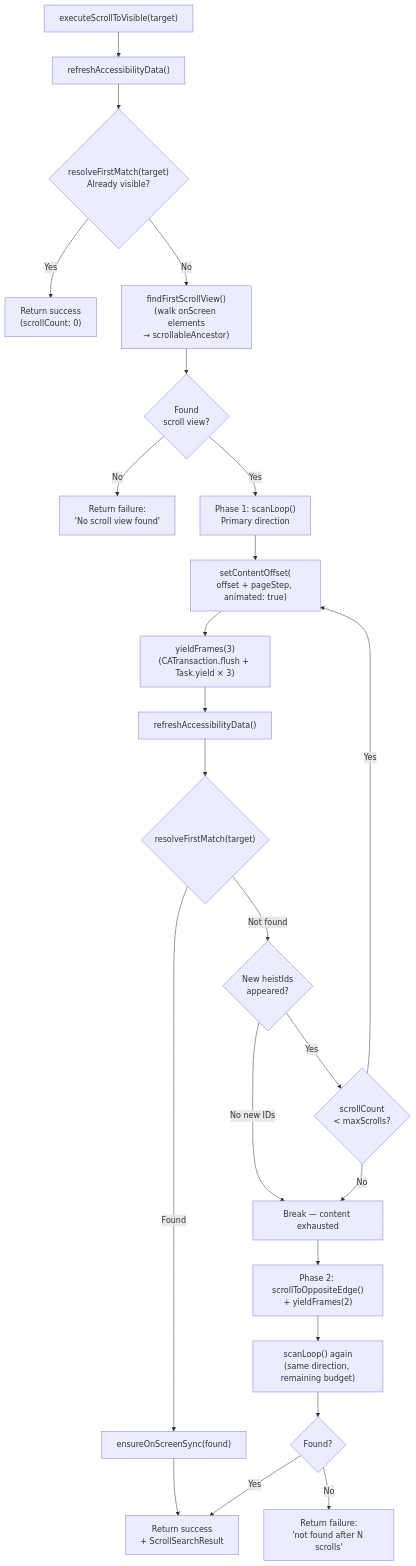
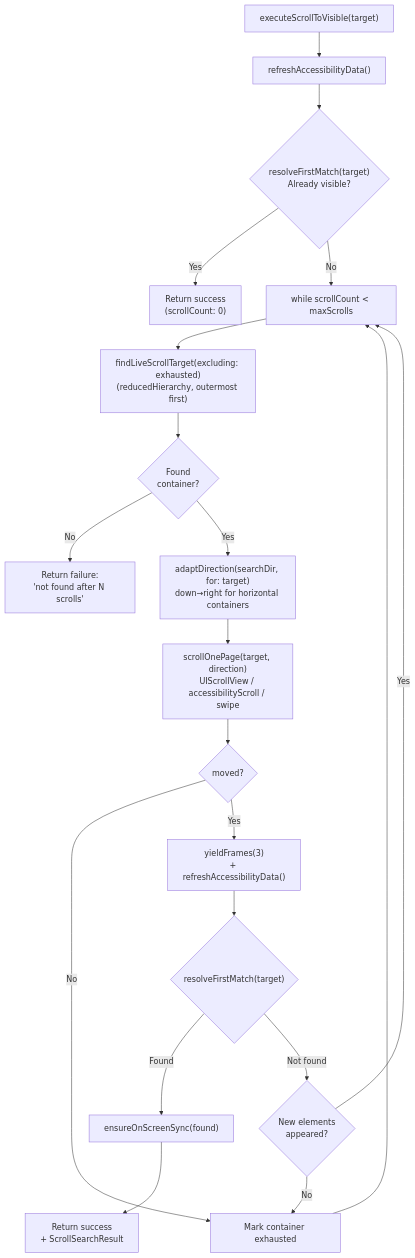
The second of 2 diagrams in docs/dossiers/04a-SCROLLING.md (RoyalPineapple/TheButtonHeist), drawn with Mermaid before and after one commit. The commit also changed other lines of this file and 3 other files, not shown here.

First line of the commit message:
docs: update scroll documentation for hierarchy-driven architecture

````diff
--- a/docs/dossiers/04a-SCROLLING.md
+++ b/docs/dossiers/04a-SCROLLING.md
@@ -136,28 +134,25 @@
 ```mermaid
 flowchart TD
     S["executeScrollToVisible(target)"] --> REF["refreshAccessibilityData()"]
     REF --> CHK{"resolveFirstMatch(target)<br/>Already visible?"}
     CHK -->|Yes| DONE["Return success<br/>(scrollCount: 0)"]
-    CHK -->|No| FSV["findFirstScrollView()<br/>(walk onScreen elements<br/>→ scrollableAncestor)"]
-    FSV --> SVOK{Found<br/>scroll view?}
-    SVOK -->|No| FAIL0["Return failure:<br/>'No scroll view found'"]
-    SVOK -->|Yes| PH1["Phase 1: scanLoop()<br/>Primary direction"]
+    CHK -->|No| LOOP["while scrollCount < maxScrolls"]
 
-    PH1 --> SLOOP["setContentOffset(<br/>offset + pageStep, animated: true)"]
-    SLOOP --> SETTLE["yieldFrames(3)<br/>(CATransaction.flush + Task.yield × 3)"]
-    SETTLE --> REFR["refreshAccessibilityData()"]
-    REFR --> FM{"resolveFirstMatch(target)"}
+    LOOP --> FIND["findLiveScrollTarget(excluding: exhausted)<br/>(reducedHierarchy, outermost first)"]
+    FIND --> SVOK{Found<br/>container?}
+    SVOK -->|No| FAILN["Return failure:<br/>'not found after N scrolls'"]
+    SVOK -->|Yes| ADAPT["adaptDirection(searchDir, for: target)<br/>down→right for horizontal containers"]
+
+    ADAPT --> SCROLL["scrollOnePage(target, direction)<br/>UIScrollView / accessibilityScroll / swipe"]
+    SCROLL --> MOVED{moved?}
+    MOVED -->|No| EXHAUST["Mark container exhausted"]
+    EXHAUST --> LOOP
+
+    MOVED -->|Yes| SETTLE["yieldFrames(3)<br/>+ refreshAccessibilityData()"]
+    SETTLE --> FM{"resolveFirstMatch(target)"}
     FM -->|Found| ENS["ensureOnScreenSync(found)"]
     ENS --> END["Return success<br/>+ ScrollSearchResult"]
-    FM -->|Not found| NEW{New heistIds<br/>appeared?}
-    NEW -->|No new IDs| STALL["Break — content exhausted"]
-    NEW -->|Yes| BUDGET{scrollCount<br/>< maxScrolls?}
-    BUDGET -->|Yes| SLOOP
-    BUDGET -->|No| STALL
-
-    STALL --> PH2["Phase 2: scrollToOppositeEdge()<br/>+ yieldFrames(2)"]
-    PH2 --> SCAN2["scanLoop() again<br/>(same direction, remaining budget)"]
-    SCAN2 --> RESULT{Found?}
-    RESULT -->|Yes| END
-    RESULT -->|No| FAILN["Return failure:<br/>'not found after N scrolls'"]
+    FM -->|Not found| NEW{New elements<br/>appeared?}
+    NEW -->|No| EXHAUST
+    NEW -->|Yes| LOOP
 ```
````
